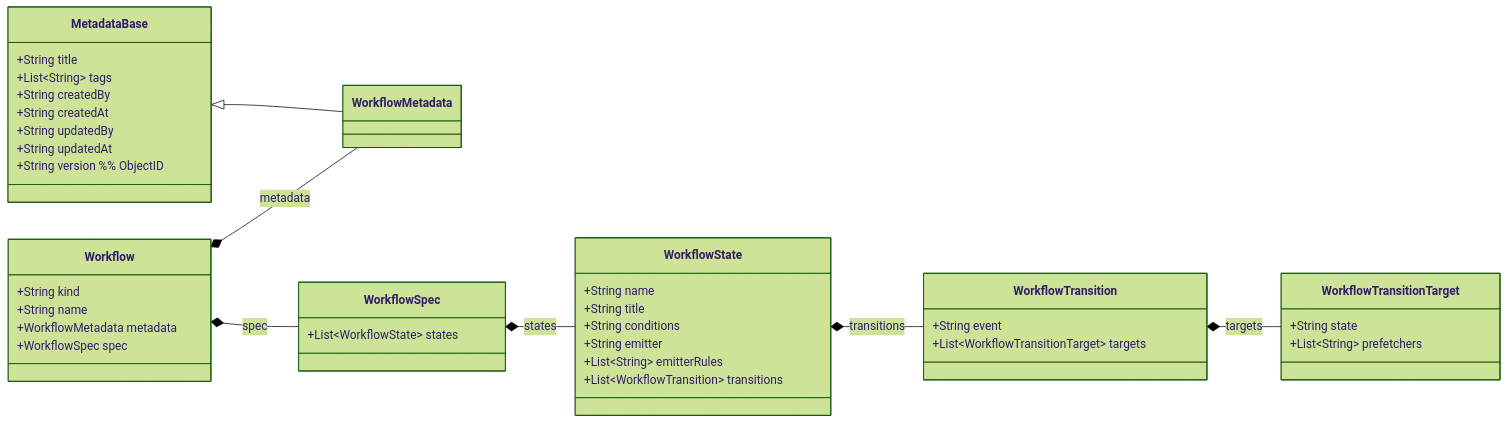
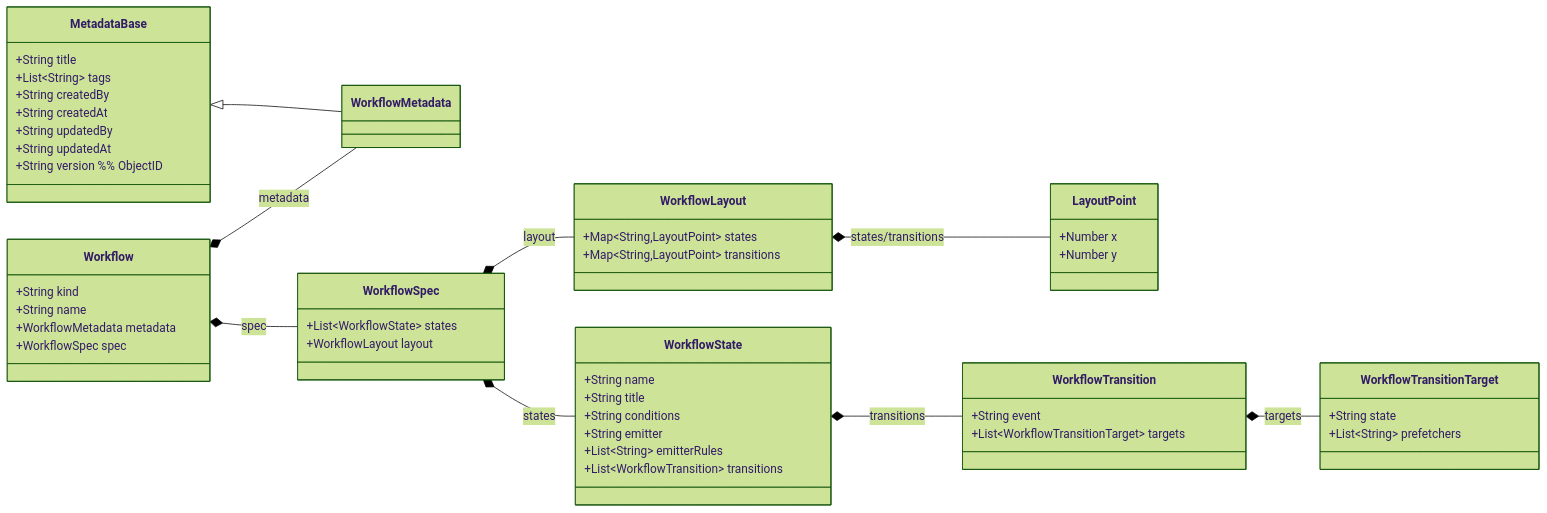
Before and after one commit to lchrennew/es-workflow: the diagram in docs/design/10-config-domain.md, drawn with Mermaid (forest theme). The commit also changed other lines of this file and 40 other files, not shown here.

````diff
--- a/docs/design/10-config-domain.md
+++ b/docs/design/10-config-domain.md
@@ -14,55 +14,68 @@
 ```mermaid
 classDiagram
 direction LR
 
 class Workflow {
   +String kind
   +String name
   +WorkflowMetadata metadata
   +WorkflowSpec spec
 }
 
 class MetadataBase {
   +String title
   +List~String~ tags
   +String createdBy
   +String createdAt
   +String updatedBy
   +String updatedAt
   +String version  %% ObjectID
 }
 
 class WorkflowMetadata {
     
 }
 
 class WorkflowSpec {
   +List~WorkflowState~ states
+  +WorkflowLayout layout
 }
 
 class WorkflowState {
   +String name
   +String title
   +String conditions
   +String emitter
   +List~String~ emitterRules
   +List~WorkflowTransition~ transitions
+}
+
+class WorkflowLayout {
+  +Map~String,LayoutPoint~ states
+  +Map~String,LayoutPoint~ transitions
+}
+
+class LayoutPoint {
+  +Number x
+  +Number y
 }
 
 class WorkflowTransition {
   +String event
   +List~WorkflowTransitionTarget~ targets
 }
 
 class WorkflowTransitionTarget {
   +String state
   +List~String~ prefetchers
 }
 
 MetadataBase <|-- WorkflowMetadata
 Workflow *-- WorkflowMetadata : metadata
 Workflow *-- WorkflowSpec : spec
 WorkflowSpec *-- WorkflowState : states
+WorkflowSpec *-- WorkflowLayout : layout
+WorkflowLayout *-- LayoutPoint : states/transitions
 WorkflowState *-- WorkflowTransition : transitions
 WorkflowTransition *-- WorkflowTransitionTarget : targets
 ```
````
